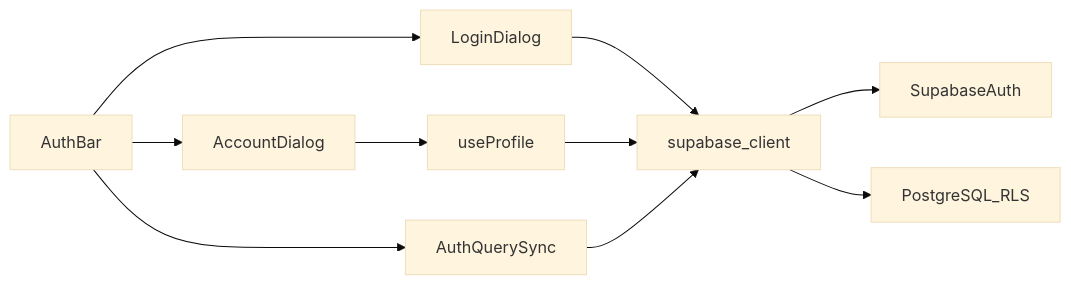
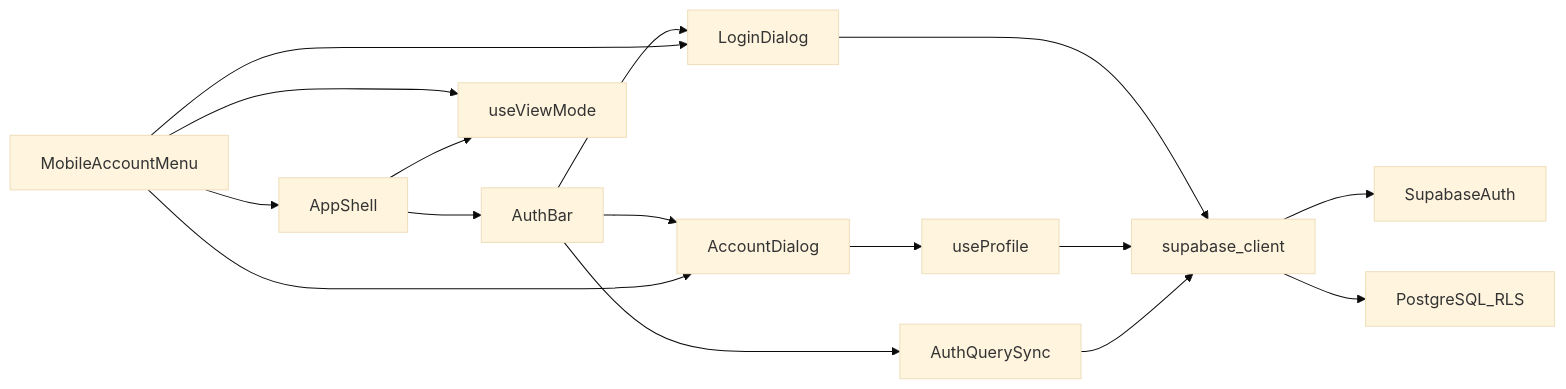
Before and after one commit to huangyilu/wanwuyishi: the sixth of 6 diagrams in .qoder/repowiki/zh/content/核心功能模块/团队协作模块/认证系统.md, drawn with Mermaid (base theme). The commit also changed other lines of this file and 103 other files, not shown here.

````diff
--- a/.qoder/repowiki/zh/content/核心功能模块/团队协作模块/认证系统.md
+++ b/.qoder/repowiki/zh/content/核心功能模块/团队协作模块/认证系统.md
@@ -260,12 +382,18 @@
 ```mermaid
 graph LR
 AuthBar --> LoginDialog
 AuthBar --> AccountDialog
 AuthBar --> AuthQuerySync
+MobileAccountMenu --> AppShell
+MobileAccountMenu --> useViewMode
+MobileAccountMenu --> LoginDialog
+MobileAccountMenu --> AccountDialog
+AppShell --> useViewMode
+AppShell --> AuthBar
 LoginDialog --> supabase_client
 AccountDialog --> useProfile
 useProfile --> supabase_client
 AuthQuerySync --> supabase_client
 supabase_client --> SupabaseAuth
 supabase_client --> PostgreSQL_RLS
 ```
````
